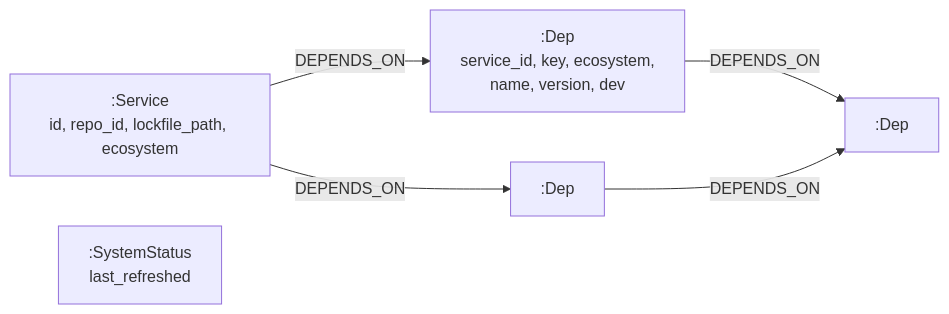
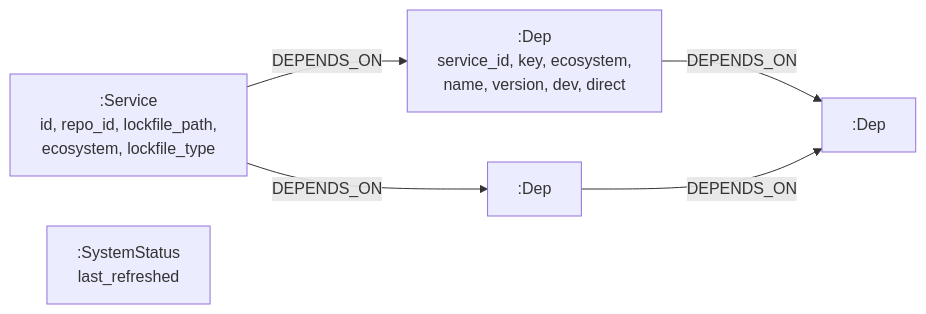
The fourth of 5 diagrams in docs/architecture.md (ManavSanghvi02/depguard), drawn with Mermaid before and after one commit. The commit also changed other lines of this file and 36 other files, not shown here.

First line of the commit message:
feat: Neo4j dependency graph (Phase 2)

````diff
--- a/docs/architecture.md
+++ b/docs/architecture.md
@@ -269,12 +271,12 @@
 ```mermaid
 flowchart LR
-  S[":Service<br/>id, repo_id, lockfile_path, ecosystem"]
-  D1[":Dep<br/>service_id, key, ecosystem,<br/>name, version, dev"]
+  S[":Service<br/>id, repo_id, lockfile_path,<br/>ecosystem, lockfile_type"]
+  D1[":Dep<br/>service_id, key, ecosystem,<br/>name, version, dev, direct"]
   D2[":Dep"]
   D3[":Dep"]
   SS[":SystemStatus<br/>last_refreshed"]
   S -- DEPENDS_ON --> D1
   S -- DEPENDS_ON --> D2
   D1 -- DEPENDS_ON --> D3
   D2 -- DEPENDS_ON --> D3
 ```
````
